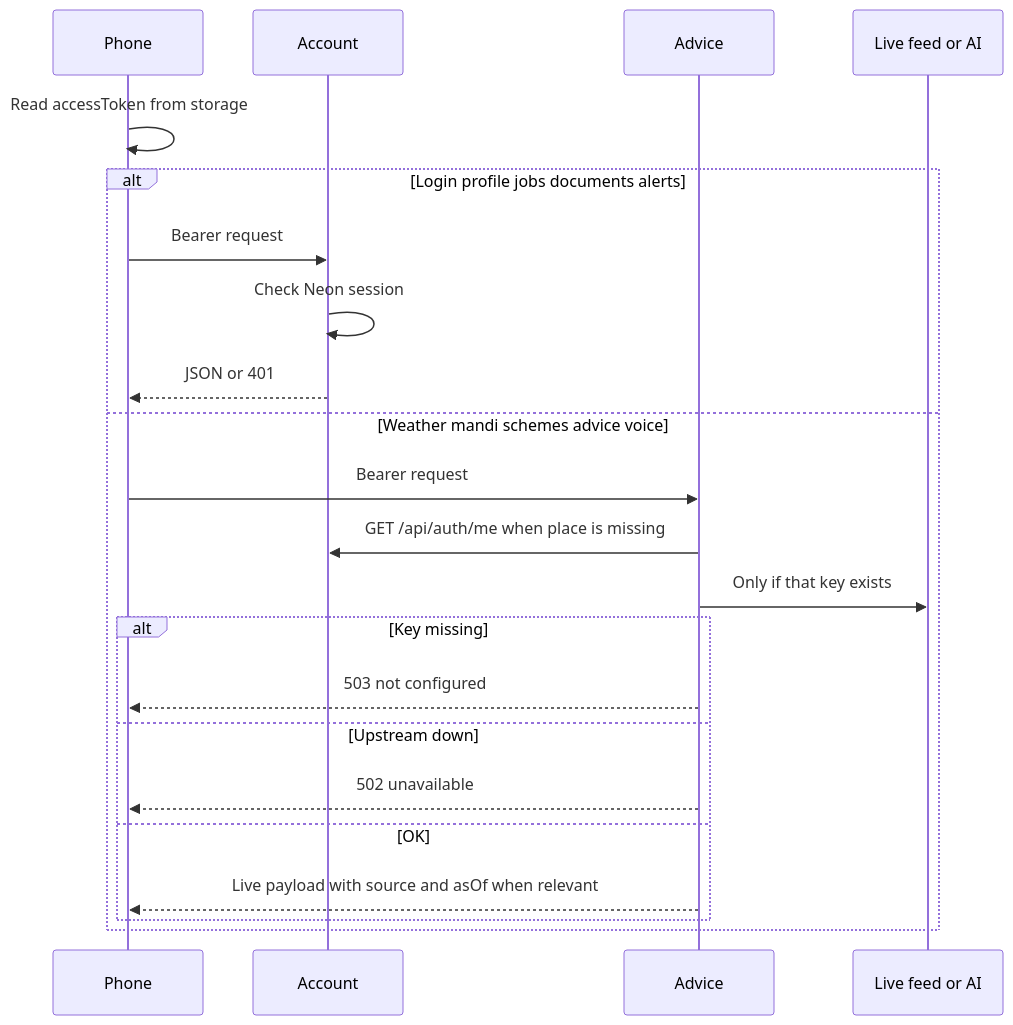
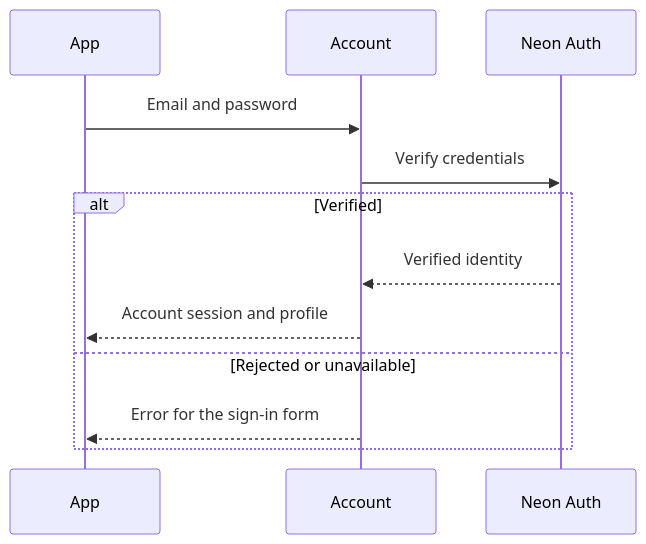
The second of 3 diagrams in ARCHITECTURE.md (msrishav-28/nila-shoshsho), drawn with Mermaid before and after one commit. The commit also changed other lines of this file and 39 other files, not shown here.

````diff
--- a/ARCHITECTURE.md
+++ b/ARCHITECTURE.md
@@ -43,24 +28,14 @@
 ```mermaid
 sequenceDiagram
-  participant Phone
-  participant Account
-  participant Advice
-  participant Feed as Live feed or AI
-  Phone->>Phone: Read accessToken from storage
-  alt Login profile jobs documents alerts
-    Phone->>Account: Bearer request
-    Account->>Account: Check Neon session
-    Account-->>Phone: JSON or 401
-  else Weather mandi schemes advice voice
-    Phone->>Advice: Bearer request
-    Advice->>Account: GET /api/auth/me when place is missing
-    Advice->>Feed: Only if that key exists
-    alt Key missing
-      Advice-->>Phone: 503 not configured
-    else Upstream down
-      Advice-->>Phone: 502 unavailable
-    else OK
-      Advice-->>Phone: Live payload with source and asOf when relevant
+    participant App
+    participant Account
+    participant Identity as Neon Auth
+    App->>Account: Email and password
+    Account->>Identity: Verify credentials
+    alt Verified
+        Identity-->>Account: Verified identity
+        Account-->>App: Account session and profile
+    else Rejected or unavailable
+        Account-->>App: Error for the sign-in form
     end
-  end
 ```
````
